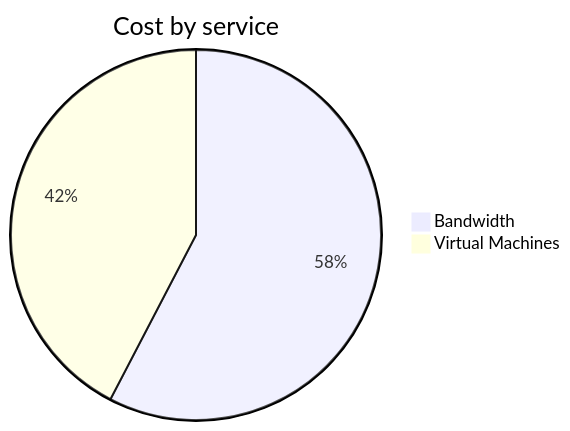
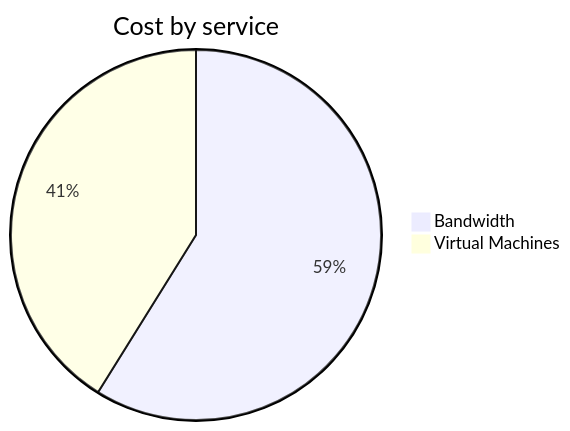
One commit to jpfulton/azure-personal-reports changed the second of 4 diagrams in cost-reports/personal-network/vpn-server.md. Above: the diagram before and after it, drawn with Mermaid. The commit also changed other lines of this file and 8 other files, not shown here.

````diff
--- a/cost-reports/personal-network/vpn-server.md
+++ b/cost-reports/personal-network/vpn-server.md
@@ -94,6 +94,6 @@
 ```mermaid
 pie
    title Cost by service
-   "Bandwidth" : 1.32
-   "Virtual Machines" : 0.97
+   "Bandwidth" : 1.66
+   "Virtual Machines" : 1.16
 ```
````
